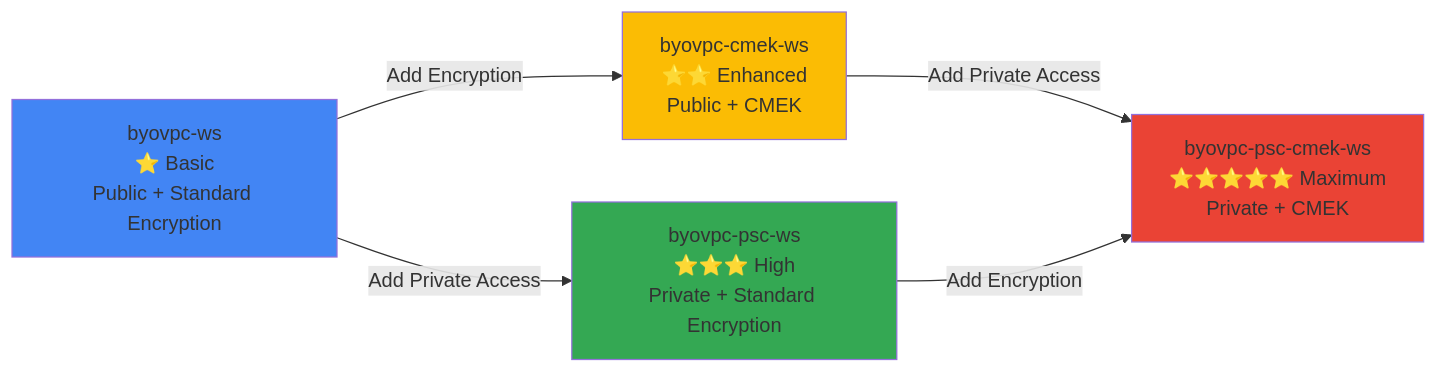
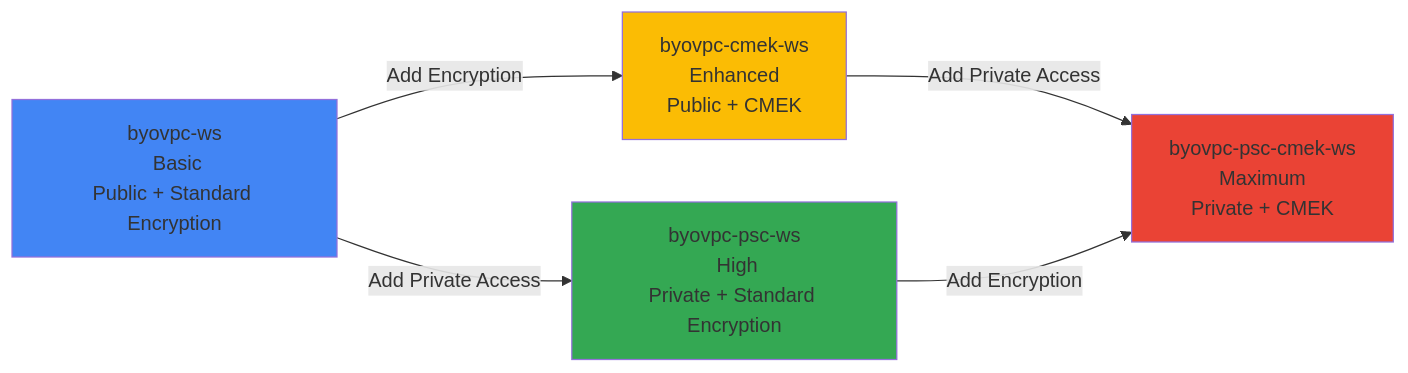
Before and after one commit to bhavink/databricks: the tenth of 15 diagrams in gcpdb4u/templates/terraform-scripts/readme.md, drawn with Mermaid. The commit also changed other lines of this file and 81 other files, not shown here.

````diff
--- a/gcpdb4u/templates/terraform-scripts/readme.md
+++ b/gcpdb4u/templates/terraform-scripts/readme.md
@@ -627,17 +627,17 @@
 ```mermaid
 graph LR
-    A[byovpc-ws<br/>⭐ Basic<br/>Public + Standard Encryption]
-    B[byovpc-cmek-ws<br/>⭐⭐ Enhanced<br/>Public + CMEK]
-    C[byovpc-psc-ws<br/>⭐⭐⭐ High<br/>Private + Standard Encryption]
-    D[byovpc-psc-cmek-ws<br/>⭐⭐⭐⭐⭐ Maximum<br/>Private + CMEK]
+    A[byovpc-ws<br/> Basic<br/>Public + Standard Encryption]
+    B[byovpc-cmek-ws<br/> Enhanced<br/>Public + CMEK]
+    C[byovpc-psc-ws<br/> High<br/>Private + Standard Encryption]
+    D[byovpc-psc-cmek-ws<br/> Maximum<br/>Private + CMEK]
 
     A -->|Add Encryption| B
     A -->|Add Private Access| C
     B -->|Add Private Access| D
     C -->|Add Encryption| D
 
     style A fill:#4285F4
     style B fill:#FBBC04
     style C fill:#34A853
     style D fill:#EA4335
 ```
````
